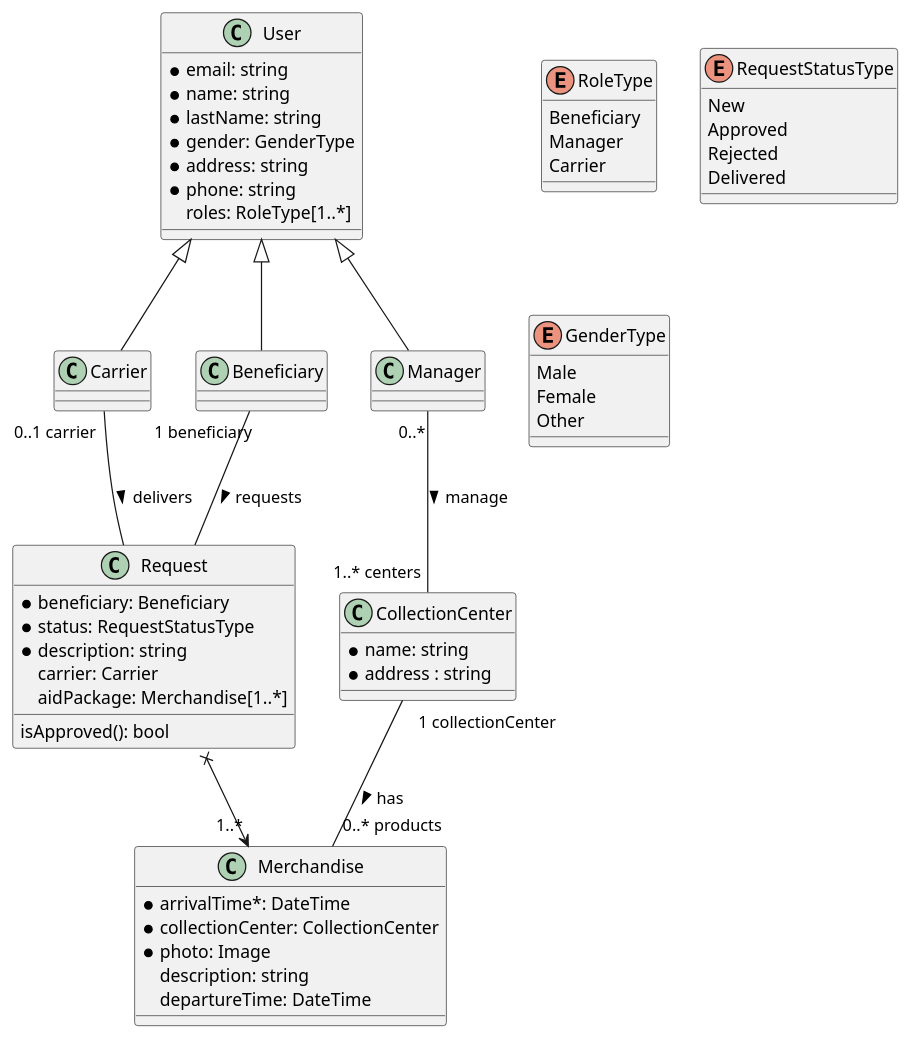
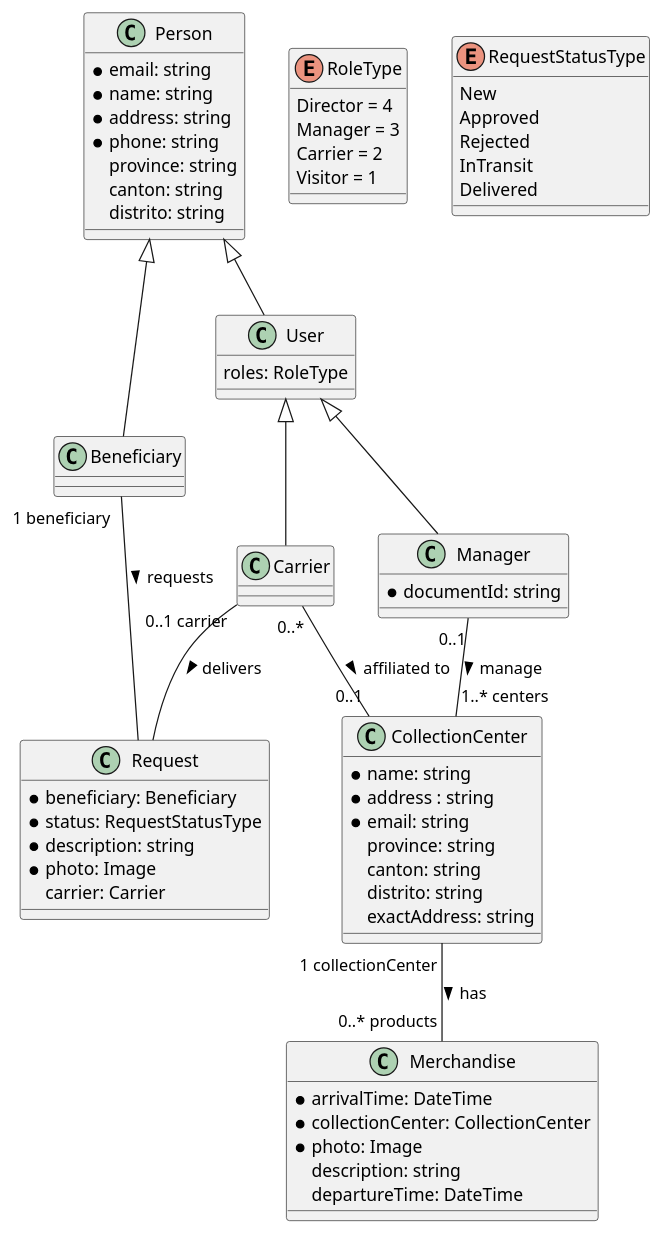
Before and after one commit to rodyce/covid-sos: the diagram in docs/DataModel.puml, drawn with PlantUML. The commit also changed 2 other files, not shown here.

```diff
--- a/docs/DataModel.puml
+++ b/docs/DataModel.puml
@@ -1,62 +1,75 @@
 @startuml covid sos datamodel
-class User {
+class Person {
   *email: string
   *name: string
-  *lastName: string
-  *gender: GenderType
   *address: string
   *phone: string
-  roles: RoleType[1..*]
+  province: string
+  canton: string
+  distrito: string
 }
+
+class Beneficiary {
+}
+Person <|-- Beneficiary
+
+class User {
+  roles: RoleType
+}
+
+Person <|-- User
 
 User <|-- Carrier
 User <|-- Manager
-User <|-- Beneficiary
 
 class CollectionCenter {
   *name: string
   *address : string
+  *email: string
+  province: string
+  canton: string
+  distrito: string
+  exactAddress: string
+}
+
+class Manager {
+  *documentId: string
 }
 
 class Merchandise {
-  *arrivalTime*: DateTime
+  *arrivalTime: DateTime
   *collectionCenter: CollectionCenter
   *photo: Image
   description: string
   departureTime: DateTime
 }
 
 class Request {
   *beneficiary: Beneficiary
   *status: RequestStatusType
   *description: string
+  *photo: Image
   carrier: Carrier
-  aidPackage: Merchandise[1..*]
-  isApproved(): bool
 }
 
 enum RoleType {
-  Beneficiary
-  Manager
-  Carrier
+  Director = 4
+  Manager = 3
+  Carrier = 2
+  Visitor = 1
 }
 
 enum RequestStatusType {
   New
   Approved
   Rejected
+  InTransit
   Delivered
 }
 
-enum GenderType {
-  Male
-  Female
-  Other
-}
-
-Manager "0..*" -- "1..* centers" CollectionCenter : manage >
+Manager "0..1" -- "1..* centers" CollectionCenter : manage >
 CollectionCenter "  1 collectionCenter" -- "0..* products" Merchandise : has >
 Carrier "0..1 carrier" -- Request : delivers >
+Carrier "0..*" -- "0..1" CollectionCenter : affiliated to >
 Beneficiary "1 beneficiary" -- Request : requests >
-Request x-> "1..*" Merchandise
 @enduml
```
